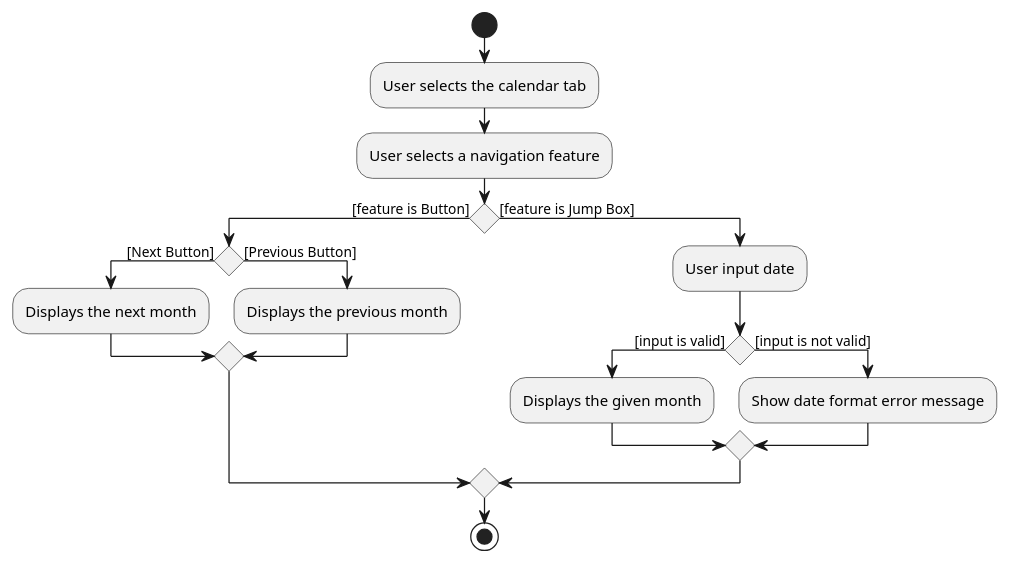
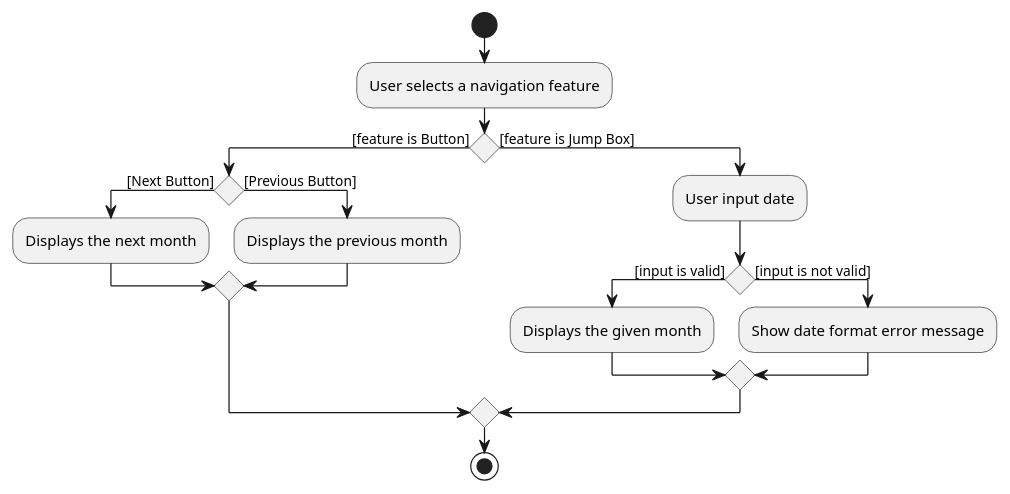
The diagram in docs/diagrams/CalendarNavigationActivityDiagram.puml (nus-cs2103-AY2223S1/tp), drawn with PlantUML before and after one commit. The commit also changed 5 other files, not shown here.

Commit message:
Update calendar activty diagrams

```diff
--- a/docs/diagrams/CalendarNavigationActivityDiagram.puml
+++ b/docs/diagrams/CalendarNavigationActivityDiagram.puml
@@ -1,24 +1,23 @@
 @startuml
 'https://plantuml.com/activity-diagram-beta
 
 start
-:User selects the calendar tab;
 :User selects a navigation feature;
 if () then ([feature is Button])
   if () then([Next Button])
     :Displays the next month;
   else ([Previous Button])
     :Displays the previous month;
 endif
 
 else ([feature is Jump Box])
     :User input date;
     if () then ([input is valid])
       :Displays the given month;
     else ([input is not valid])
       :Show date format error message;
     endif
 endif
 stop
 
 @enduml
```
